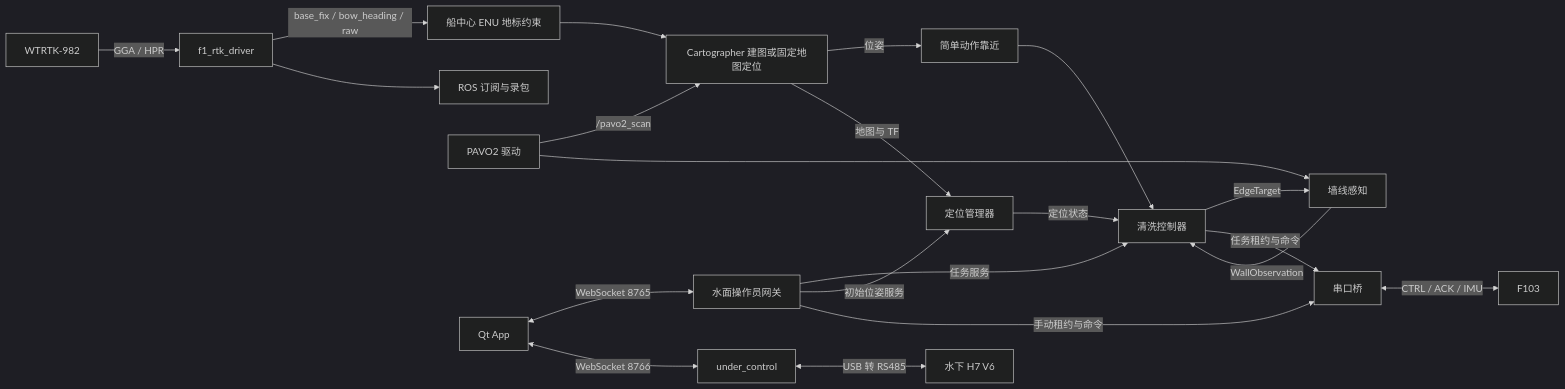
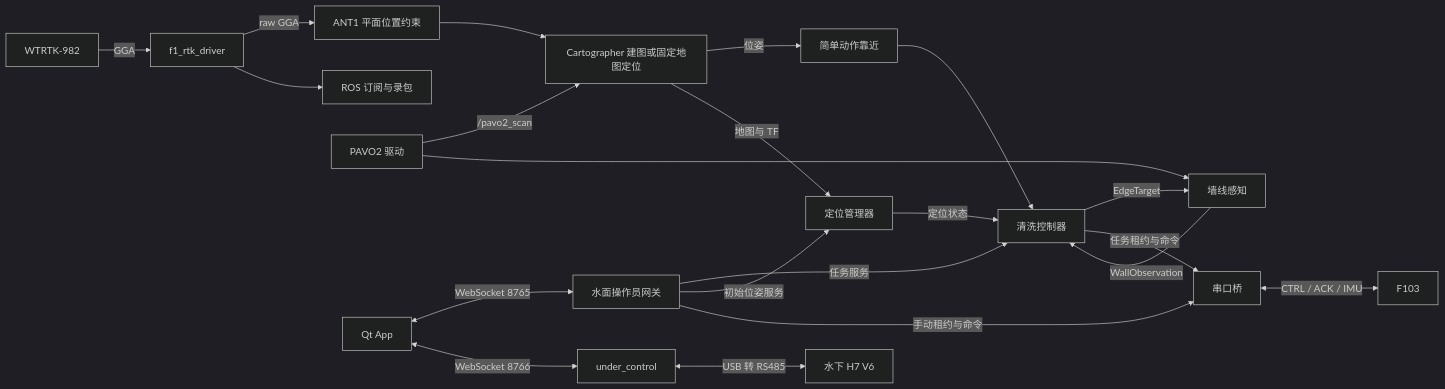
One commit to YYYKblue/surface_robot changed the diagram in docs/ARCHITECTURE.md. Above: the diagram before and after it, drawn with Mermaid (dark theme). The commit also changed other lines of this file and 60 other files, not shown here.

````diff
--- a/docs/ARCHITECTURE.md
+++ b/docs/ARCHITECTURE.md
@@ -30,23 +30,23 @@
 ```mermaid
 flowchart LR
-    RTK[WTRTK-982] -->|GGA / HPR| R[f1_rtk_driver]
-    R -->|base_fix / bow_heading / raw| GNSS[船中心 ENU 地标约束]
+    RTK[WTRTK-982] -->|GGA| R[f1_rtk_driver]
+    R -->|raw GGA| GNSS[ANT1 平面位置约束]
     GNSS --> SLAM
     R --> REC[ROS 订阅与录包]
     L[PAVO2 驱动] -->|/pavo2_scan| SLAM[Cartographer 建图或固定地图定位]
     L --> P[墙线感知]
     SLAM -->|位姿| N[简单动作靠近]
     SLAM -->|地图与 TF| LOC[定位管理器]
     LOC -->|定位状态| C[清洗控制器]
     P -->|WallObservation| C
     C -->|EdgeTarget| P
     N --> C
     APP[Qt App] <-->|WebSocket 8765| G[水面操作员网关]
     APP <-->|WebSocket 8766| U[under_control]
     U <-->|USB 转 RS485| H7[水下 H7 V6]
     G -->|任务服务| C
     G -->|初始位姿服务| LOC
     G -->|手动租约与命令| B[串口桥]
     C -->|任务租约与命令| B
     B <-->|CTRL / ACK / IMU| MCU[F103]
 ```
````
